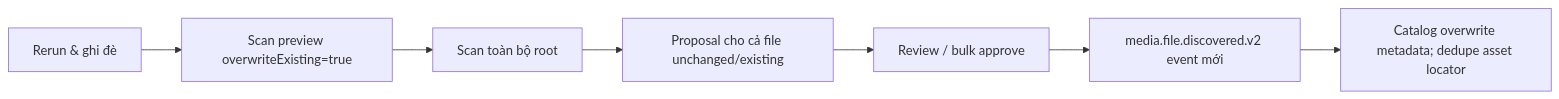
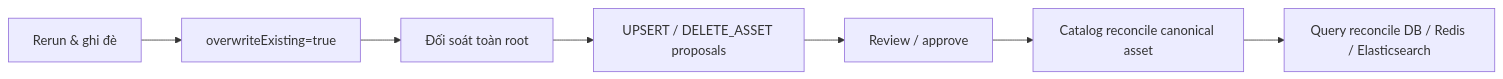
One commit to HungPhan200591/file-mngt-be-v2 changed the diagram in docs/features/041-scan-rerun-overwrite/02-design.md. Above: the diagram before and after it, drawn with Mermaid. The commit also changed other lines of this file and 48 other files, not shown here.

Commit message:
feat(scan): support DELETE_ASSET candidate type and implement related database changes

````diff
--- a/docs/features/041-scan-rerun-overwrite/02-design.md
+++ b/docs/features/041-scan-rerun-overwrite/02-design.md
@@ -9,9 +9,9 @@
 ```mermaid
 flowchart LR
-    UI["Rerun & ghi đè"] --> API["Scan preview overwriteExisting=true"]
-    API --> FS["Scan toàn bộ root"]
-    FS --> P["Proposal cho cả file unchanged/existing"]
-    P --> R["Review / bulk approve"]
-    R --> K["media.file.discovered.v2 event mới"]
-    K --> C["Catalog overwrite metadata; dedupe asset locator"]
+    UI["Rerun & ghi đè"] --> API["overwriteExisting=true"]
+    API --> FS["Đối soát toàn root"]
+    FS --> P["UPSERT / DELETE_ASSET proposals"]
+    P --> R["Review / approve"]
+    R --> C["Catalog reconcile canonical asset"]
+    C --> Q["Query reconcile DB / Redis / Elasticsearch"]
 ```
````
